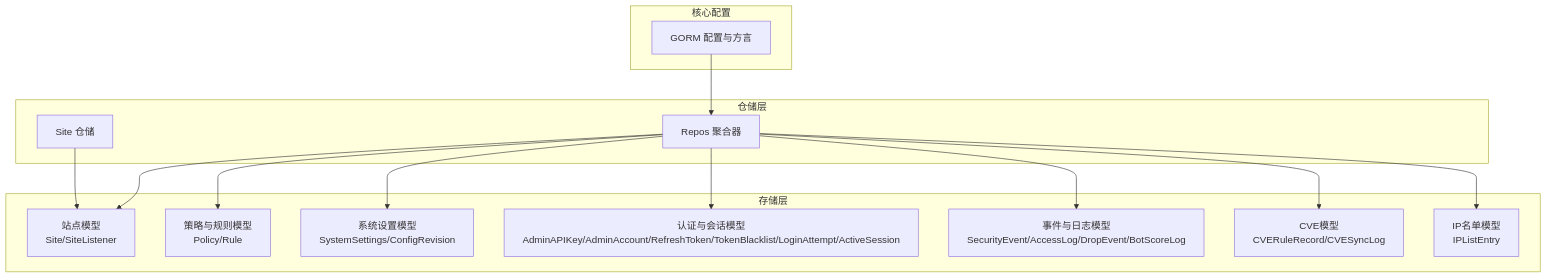
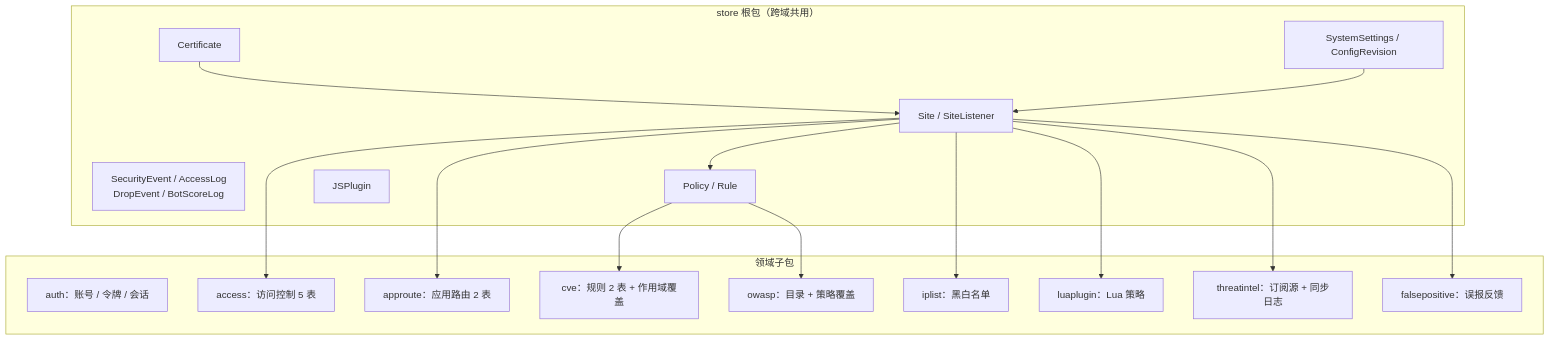
One commit to x01n/My-OpenWaf changed the first of 5 diagrams in docs/数据存储层/数据库模型设计.md. Above: the diagram before and after it, drawn with Mermaid. The commit also changed other lines of this file and 622 other files, not shown here.

````diff
--- a/docs/数据存储层/数据库模型设计.md
+++ b/docs/数据存储层/数据库模型设计.md
@@ -38,28 +85,33 @@
 ```mermaid
-graph TB
-subgraph "存储层"
-A["站点模型<br/>Site/SiteListener"]
-B["策略与规则模型<br/>Policy/Rule"]
-C["系统设置模型<br/>SystemSettings/ConfigRevision"]
-D["认证与会话模型<br/>AdminAPIKey/AdminAccount/RefreshToken/TokenBlacklist/LoginAttempt/ActiveSession"]
-E["事件与日志模型<br/>SecurityEvent/AccessLog/DropEvent/BotScoreLog"]
-F["CVE模型<br/>CVERuleRecord/CVESyncLog"]
-G["IP名单模型<br/>IPListEntry"]
+flowchart TB
+subgraph ROOT["store 根包（跨域共用）"]
+SITE["Site / SiteListener"]
+EVT["SecurityEvent / AccessLog<br/>DropEvent / BotScoreLog"]
+POL["Policy / Rule"]
+SYS["SystemSettings / ConfigRevision"]
+CERT["Certificate"]
+PLG["JSPlugin"]
 end
-subgraph "仓储层"
-H["Repos 聚合器"]
-I["Site 仓储"]
+subgraph SUB["领域子包"]
+AUTH["auth：账号 / 令牌 / 会话"]
+ACC["access：访问控制 5 表"]
+APP["approute：应用路由 2 表"]
+CVE["cve：规则 2 表 + 作用域覆盖"]
+OWP["owasp：目录 + 策略覆盖"]
+IPL["iplist：黑白名单"]
+LUA["luaplugin：Lua 策略"]
+THI["threatintel：订阅源 + 同步日志"]
+FPR["falsepositive：误报反馈"]
 end
-subgraph "核心配置"
-J["GORM 配置与方言"]
-end
-H --> A
-H --> B
-H --> C
-H --> D
-H --> E
-H --> F
-H --> G
-I --> A
-J --> H
+SITE --> ACC
+SITE --> APP
+SITE --> IPL
+SITE --> THI
+SITE --> LUA
+SITE --> FPR
+POL --> OWP
+POL --> CVE
+SITE --> POL
+CERT --> SITE
+SYS --> SITE
 ```
````
